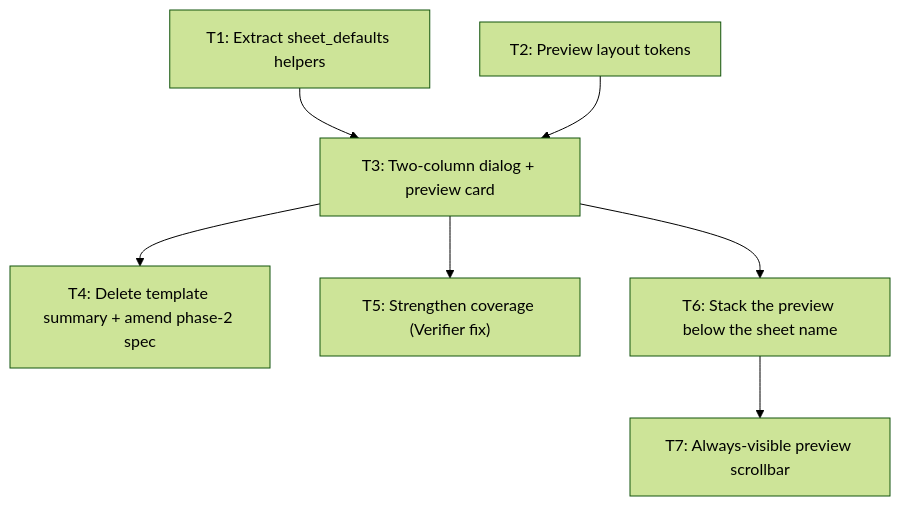
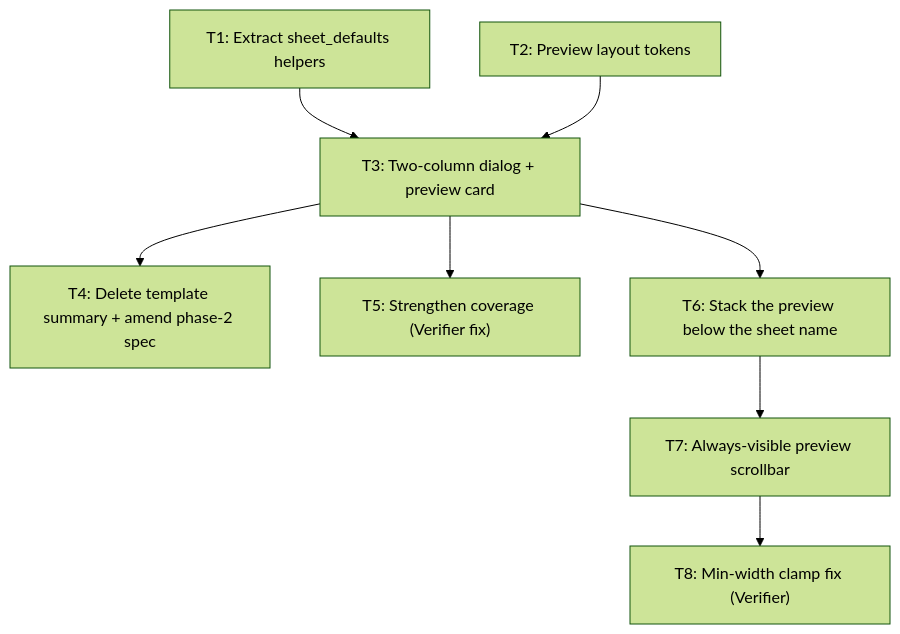
The diagram in .specs/features/front-end-phase-3-sheet-preview/tasks.md (paulo-valleriote/legnaris), drawn with Mermaid (forest theme) before and after one commit. The commit also changed other lines of this file and 2 other files, not shown here.

First line of the commit message:
test(LGN-100): assert the preview clamp below the minimum width

````diff
--- a/.specs/features/front-end-phase-3-sheet-preview/tasks.md
+++ b/.specs/features/front-end-phase-3-sheet-preview/tasks.md
@@ -199,9 +212,10 @@
 ```mermaid
 flowchart TD
     T1["T1: Extract sheet_defaults helpers"] --> T3["T3: Two-column dialog + preview card"]
     T2["T2: Preview layout tokens"] --> T3
     T3 --> T4["T4: Delete template summary + amend phase-2 spec"]
     T3 --> T5["T5: Strengthen coverage (Verifier fix)"]
     T3 --> T6["T6: Stack the preview below the sheet name"]
     T6 --> T7["T7: Always-visible preview scrollbar"]
+    T7 --> T8["T8: Min-width clamp fix (Verifier)"]
 ```
````
